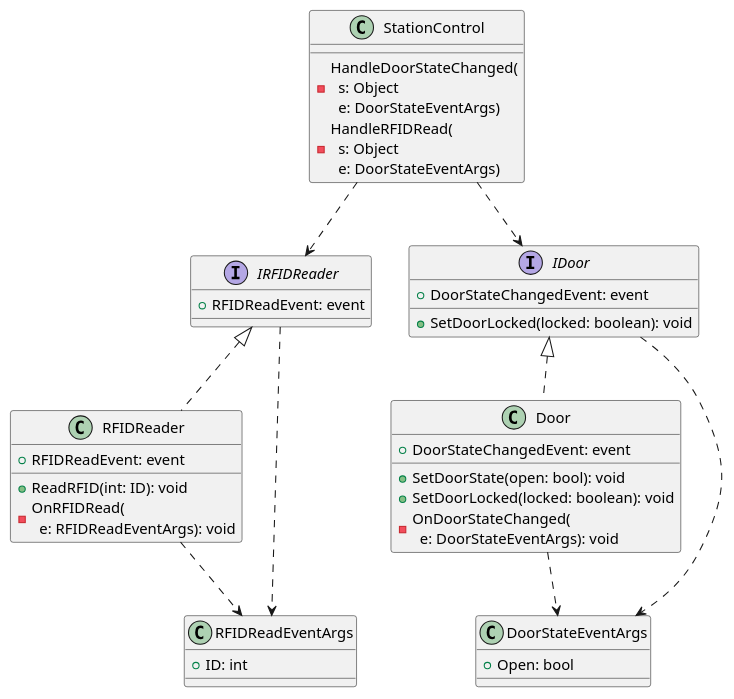
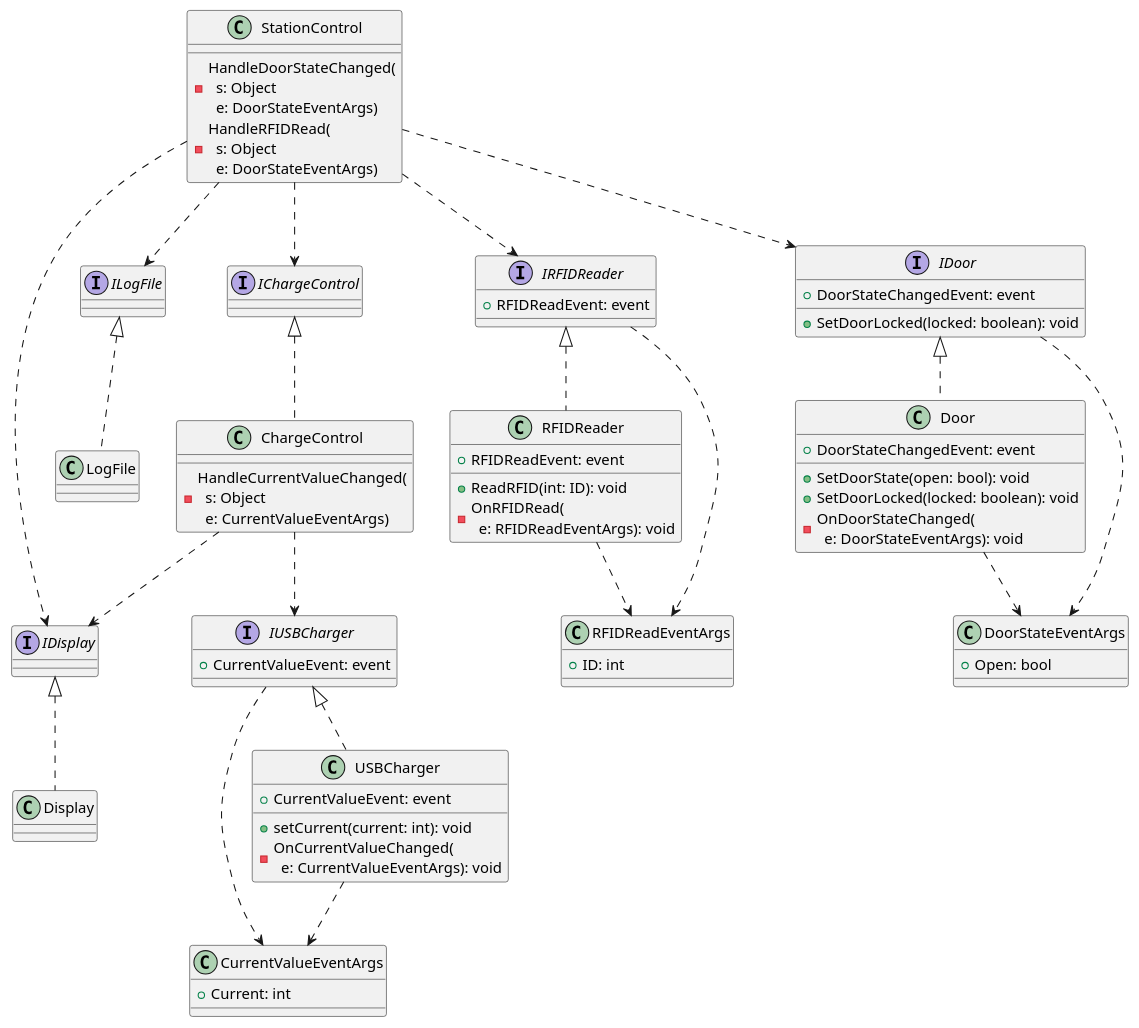
Before and after one commit to Yoda92/Aflevering2: the diagram in UML/ClassDiagram.puml, drawn with PlantUML.

Commit message:
Shell of classdiagram is finished

```diff
--- a/UML/ClassDiagram.puml
+++ b/UML/ClassDiagram.puml
@@ -1,49 +1,96 @@
 @startuml
 
 interface IDoor {
     + DoorStateChangedEvent: event
     + SetDoorLocked(locked: boolean): void
 }
 
 class Door {
     + DoorStateChangedEvent: event
     + SetDoorState(open: bool): void
     + SetDoorLocked(locked: boolean): void
     - OnDoorStateChanged(\n  e: DoorStateEventArgs): void
 }
 
 class DoorStateEventArgs {
     + Open: bool
 }
 
 interface IRFIDReader {
     + RFIDReadEvent: event
 }
 
 class RFIDReader {
     + RFIDReadEvent: event
     + ReadRFID(int: ID): void
     - OnRFIDRead(\n  e: RFIDReadEventArgs): void
 }
 
 class RFIDReadEventArgs {
     + ID: int
 }
 
 class StationControl {
     - HandleDoorStateChanged(\n  s: Object\n  e: DoorStateEventArgs)
     - HandleRFIDRead(\n  s: Object\n  e: DoorStateEventArgs)
 }
 
+interface IUSBCharger {
+    + CurrentValueEvent: event
+}
 
+class CurrentValueEventArgs {
+    + Current: int
+}
+
+class USBCharger {
+    + CurrentValueEvent: event
+    + setCurrent(current: int): void
+    - OnCurrentValueChanged(\n  e: CurrentValueEventArgs): void
+}
+
+interface IChargeControl {
+    
+}
+
+class ChargeControl {
+    - HandleCurrentValueChanged(\n  s: Object\n  e: CurrentValueEventArgs)
+}
+
+interface IDisplay {
+
+}
+
+class Display {
+
+}
+
+interface ILogFile {
+
+}
+
+class LogFile {
+
+}
 
 
 Door .up.|> IDoor
 Door ..> DoorStateEventArgs
 IDoor ..> DoorStateEventArgs
 StationControl ..> IDoor
 RFIDReader .up.|> IRFIDReader
 RFIDReader ..> RFIDReadEventArgs
 IRFIDReader ..> RFIDReadEventArgs
 StationControl ..> IRFIDReader
+USBCharger .up.|> IUSBCharger
+USBCharger ..> CurrentValueEventArgs
+IUSBCharger ..> CurrentValueEventArgs
+ChargeControl ..> IUSBCharger
+StationControl ..> IChargeControl
+ChargeControl .up.|> IChargeControl
+LogFile .up.|> ILogFile
+StationControl ..> ILogFile
+Display .up.|> IDisplay
+StationControl ..> IDisplay
+ChargeControl ..> IDisplay 
 @enduml
```
